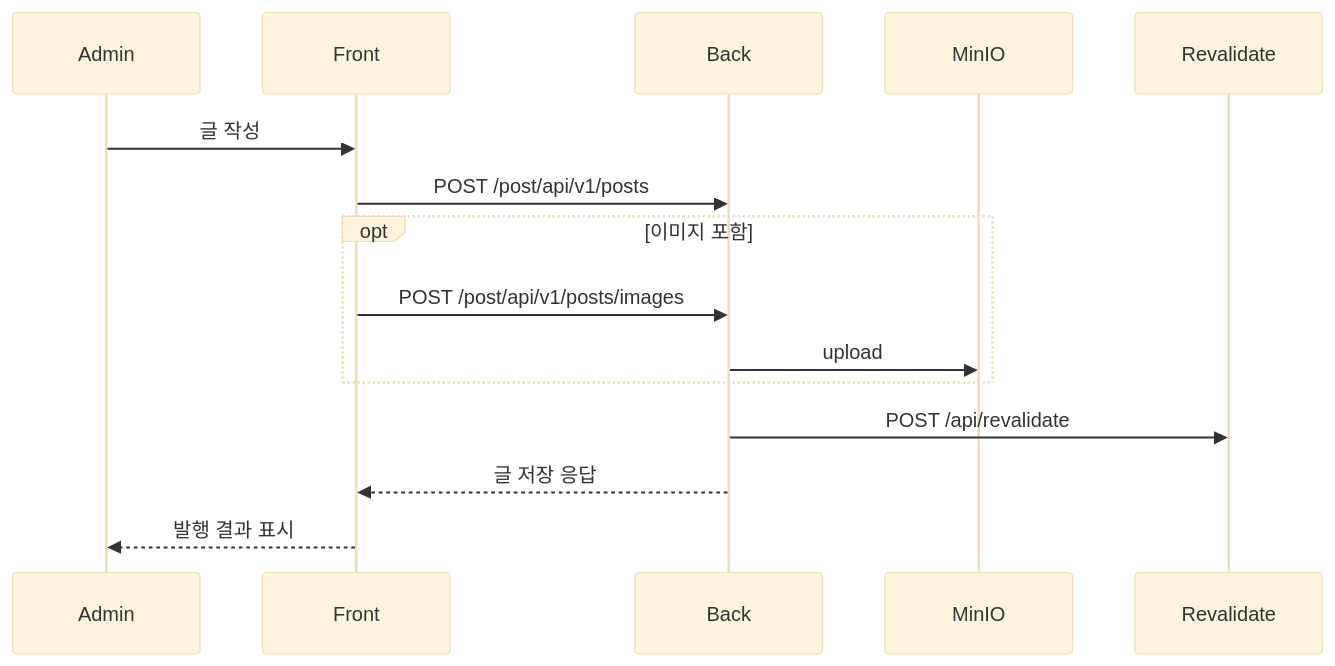
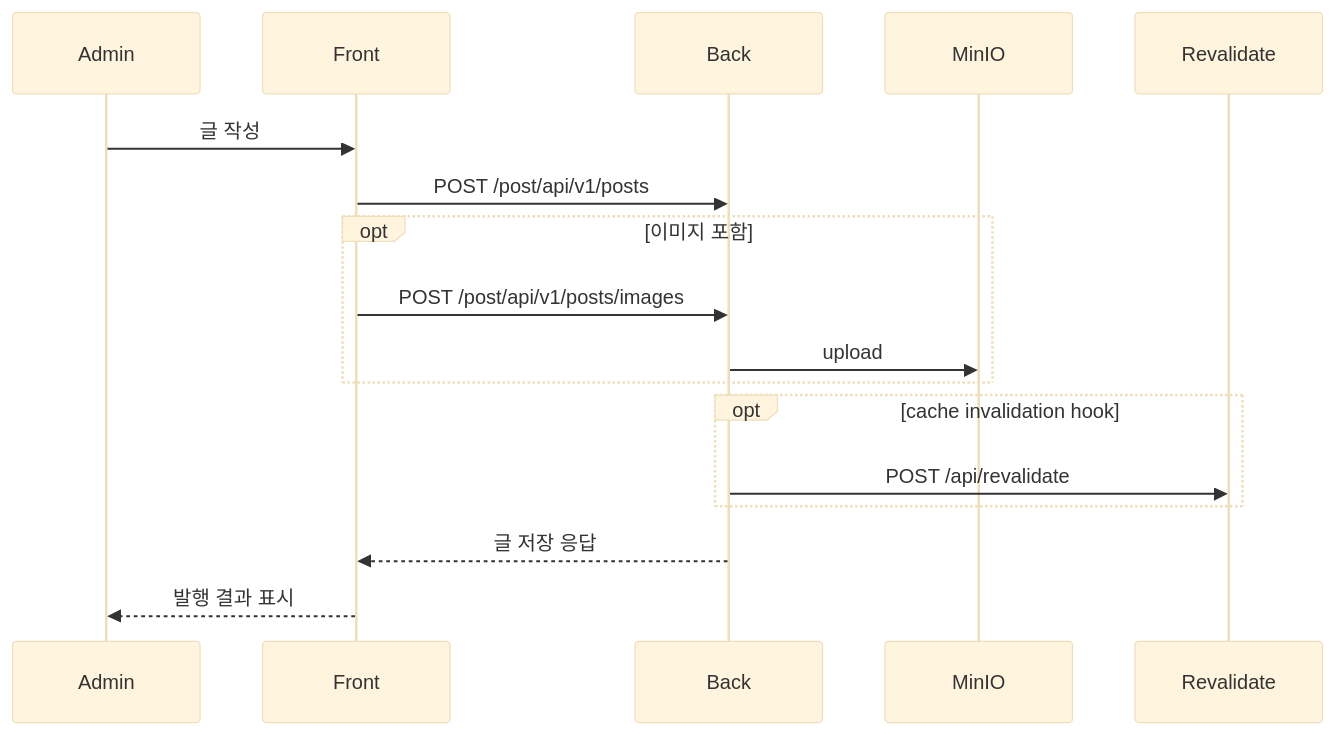
One commit to AquilaXk/aquila-blog changed the second of 2 diagrams in docs/design/System-Architecture.md. Above: the diagram before and after it, drawn with Mermaid (base theme). The commit also changed other lines of this file and 6 other files, not shown here.

Commit message:
docs: refine architecture notes and header theme icon

````diff
--- a/docs/design/System-Architecture.md
+++ b/docs/design/System-Architecture.md
@@ -48,17 +49,19 @@
 ```mermaid
 sequenceDiagram
     participant Admin
     participant Front
     participant Back
     participant MinIO
     participant Revalidate
     Admin->>Front: 글 작성
     Front->>Back: POST /post/api/v1/posts
     opt 이미지 포함
         Front->>Back: POST /post/api/v1/posts/images
         Back->>MinIO: upload
     end
-    Back->>Revalidate: POST /api/revalidate
+    opt cache invalidation hook
+        Back->>Revalidate: POST /api/revalidate
+    end
     Back-->>Front: 글 저장 응답
     Front-->>Admin: 발행 결과 표시
 ```
````
